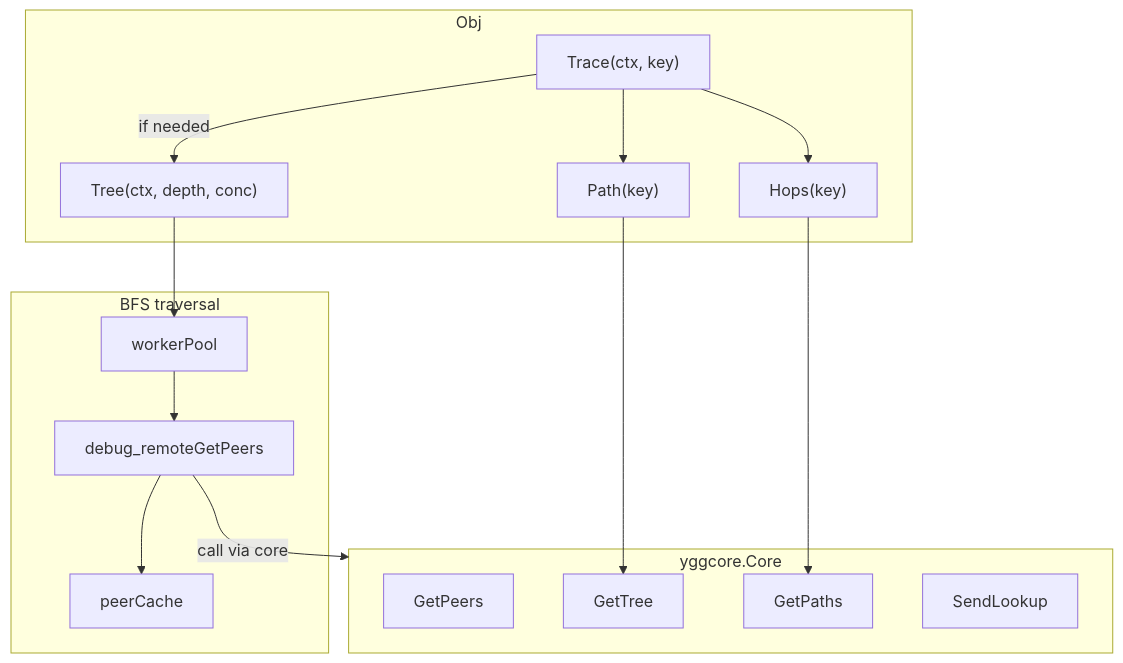
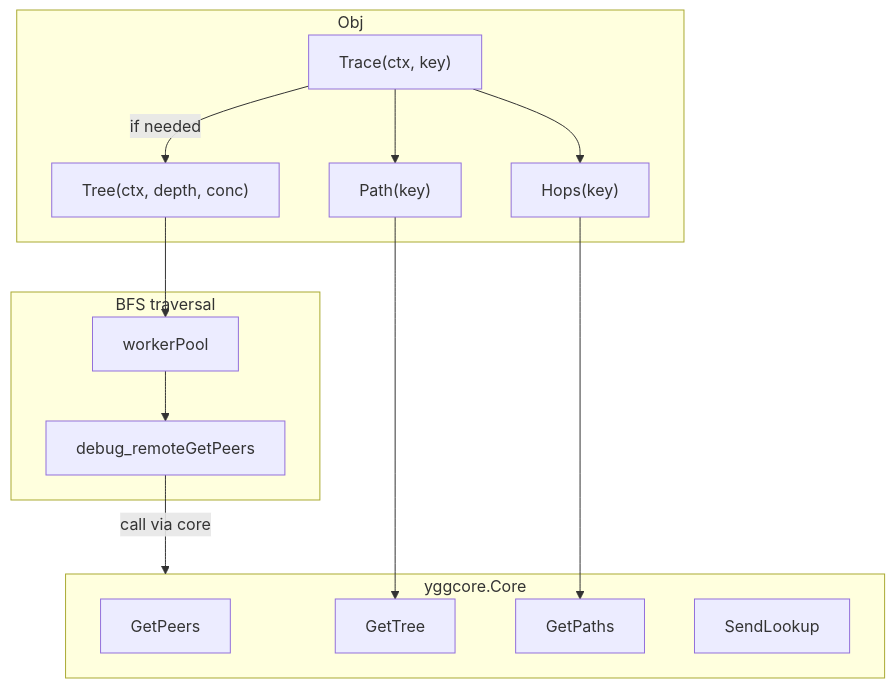
One commit to voluminor/ratatoskr changed the first of 3 diagrams in mod/probe/README.md. Above: the diagram before and after it, drawn with Mermaid. The commit also changed other lines of this file and 273 other files, not shown here.

````diff
--- a/mod/probe/README.md
+++ b/mod/probe/README.md
@@ -28,32 +30,30 @@
 ```mermaid
 flowchart TB
     subgraph Obj["Obj"]
         Tree["Tree(ctx, depth, conc)"]
         Path["Path(key)"]
         Hops["Hops(key)"]
         Trace["Trace(ctx, key)"]
     end
 
     subgraph BFS["BFS traversal"]
         Pool["workerPool"]
         Remote["debug_remoteGetPeers"]
-        Cache["peerCache"]
     end
 
     subgraph Core["yggcore.Core"]
         GetPeers["GetPeers"]
         GetTree["GetTree"]
         GetPaths["GetPaths"]
         Lookup["SendLookup"]
     end
 
     Tree --> Pool
     Pool --> Remote
-    Remote --> Cache
     Remote -->|" call via core "| Core
     Path --> GetTree
     Hops --> GetPaths
     Trace --> Path
     Trace --> Hops
     Trace -->|" if needed "| Tree
 ```
````
